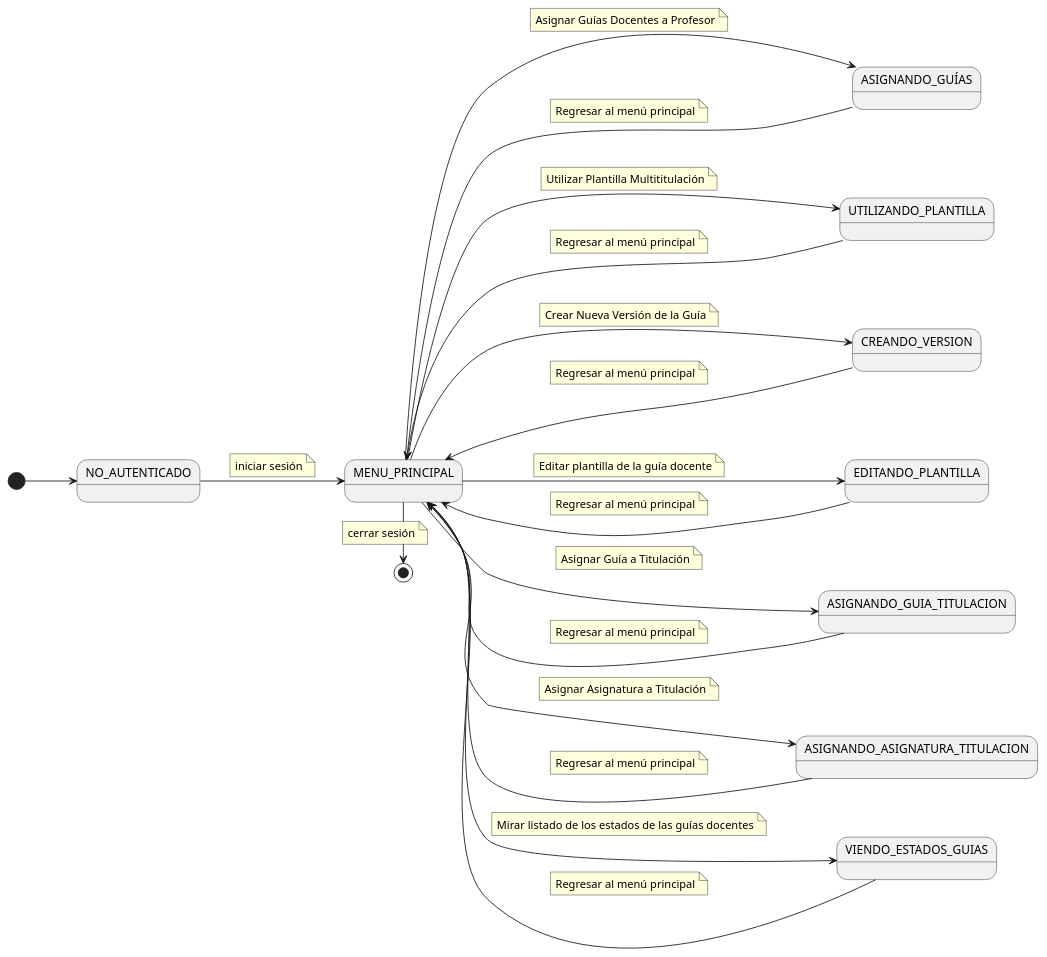
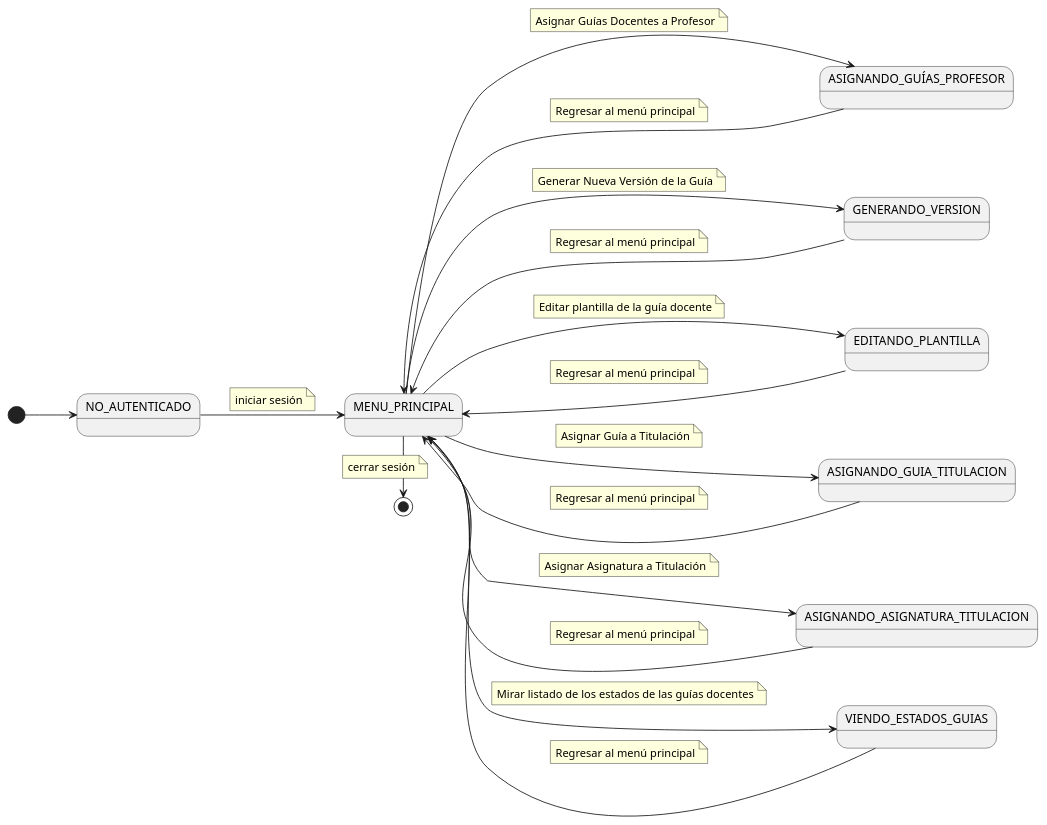
The diagram in CasosDeUso/diagramaDeContexto/DiagramaDeContextoTecnico.puml (mmasias/24-25-IdSw1-SDR), drawn with PlantUML before and after one commit. The commit also changed 1 other file, not shown here.

Commit message:
fix diagrama de contexto tecnico de calidad

```diff
--- a/CasosDeUso/diagramaDeContexto/DiagramaDeContextoTecnico.puml
+++ b/CasosDeUso/diagramaDeContexto/DiagramaDeContextoTecnico.puml
@@ -1,88 +1,80 @@
 @startuml diagramaContextoTecnicoCalidad
 left to right direction
 state "NO_AUTENTICADO" as NoAutenticado
 state "MENU_PRINCIPAL" as MenuPrincipal
-state "ASIGNANDO_GUÍAS" as AsignandoGuias
-state "UTILIZANDO_PLANTILLA" as UtilizandoPlantilla
-state "CREANDO_VERSION" as CreandoVersion
+state "ASIGNANDO_GUÍAS_PROFESOR" as AsignandoGuias
+state "GENERANDO_VERSION" as CreandoVersion
 state "EDITANDO_PLANTILLA" as EditandoPlantilla
 state "ASIGNANDO_GUIA_TITULACION" as AsignandoGuiaTitulacion
 state "ASIGNANDO_ASIGNATURA_TITULACION" as AsignandoAsignaturaTitulacion
 state "VIENDO_ESTADOS_GUIAS" as ViendoEstadosGuias
 
 [*] --> NoAutenticado
 
 NoAutenticado --> MenuPrincipal
 note on link
     iniciar sesión
 end note
 
 MenuPrincipal -> [*]
 note on link
     cerrar sesión
 end note
 
 MenuPrincipal --> AsignandoGuias
 note on link
     Asignar Guías Docentes a Profesor
 end note
 AsignandoGuias --> MenuPrincipal
 note on link
     Regresar al menú principal
 end note
 
-MenuPrincipal --> UtilizandoPlantilla
-note on link
-    Utilizar Plantilla Multititulación
-end note
-UtilizandoPlantilla --> MenuPrincipal
-note on link
-    Regresar al menú principal
-end note
+
 
 MenuPrincipal --> CreandoVersion
 note on link
-    Crear Nueva Versión de la Guía
+    Generar Nueva Versión de la Guía
 end note
 CreandoVersion --> MenuPrincipal
 note on link
     Regresar al menú principal
 end note
 
 MenuPrincipal --> EditandoPlantilla
 note on link
     Editar plantilla de la guía docente
 end note
 EditandoPlantilla --> MenuPrincipal
 note on link
     Regresar al menú principal
 end note
 
 MenuPrincipal --> AsignandoGuiaTitulacion
 note on link
     Asignar Guía a Titulación
 end note
 AsignandoGuiaTitulacion --> MenuPrincipal
 note on link
     Regresar al menú principal
 end note
 
 MenuPrincipal --> AsignandoAsignaturaTitulacion
 note on link
     Asignar Asignatura a Titulación
 end note
 AsignandoAsignaturaTitulacion --> MenuPrincipal
 note on link
     Regresar al menú principal
 end note
 
 MenuPrincipal --> ViendoEstadosGuias
 note on link
     Mirar listado de los estados de las guías docentes
 end note
 ViendoEstadosGuias --> MenuPrincipal
 note on link
     Regresar al menú principal
 end note
 
 @enduml
```
